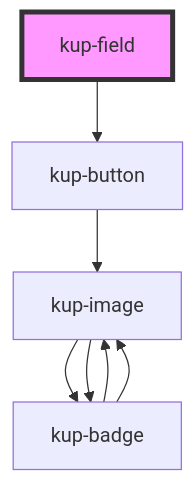
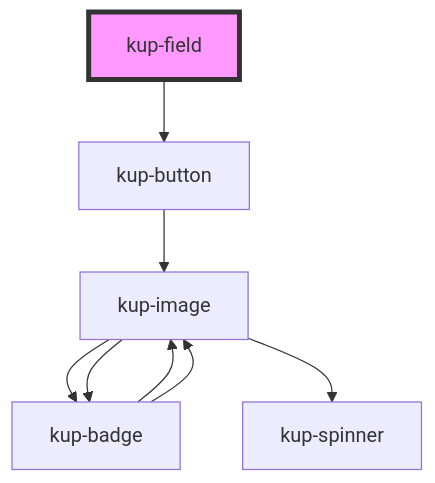
Before and after one commit to smeup/ketchup: the diagram in packages/ketchup/src/components/kup-field/readme.md, drawn with Mermaid. The commit also changed 25 other files, not shown here.

````diff
--- a/packages/ketchup/src/components/kup-field/readme.md
+++ b/packages/ketchup/src/components/kup-field/readme.md
@@ -48,10 +48,11 @@
 ```mermaid
 graph TD;
   kup-field --> kup-button
   kup-button --> kup-image
   kup-image --> kup-badge
+  kup-image --> kup-spinner
   kup-image --> kup-badge
   kup-badge --> kup-image
   kup-badge --> kup-image
   style kup-field fill:#f9f,stroke:#333,stroke-width:4px
 ```
````
